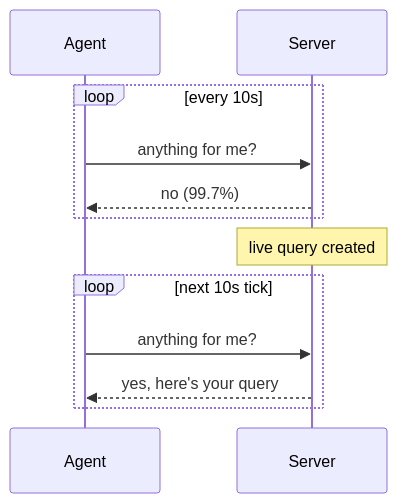
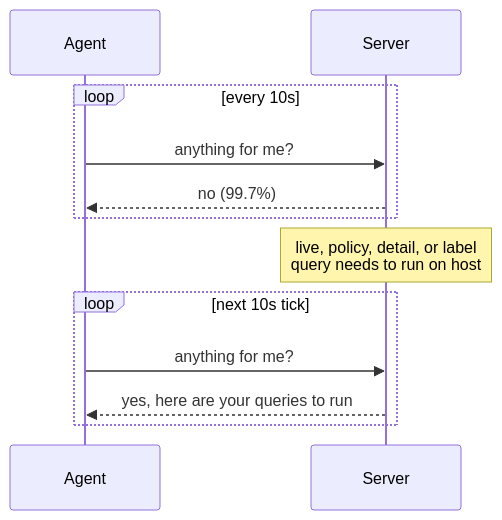
The first of 4 diagrams in docs/Contributing/adr/0011-agent-websocket-transport.md (fleetdm/fleet), drawn with Mermaid before and after one commit. The commit also changed other lines of this file, not shown here.

````diff
--- a/docs/Contributing/adr/0011-agent-websocket-transport.md
+++ b/docs/Contributing/adr/0011-agent-websocket-transport.md
@@ -51,16 +51,16 @@
 ```mermaid
 sequenceDiagram
     participant Agent
     participant Server
 
     loop every 10s
         Agent->>Server: anything for me?
         Server-->>Agent: no (99.7%)
     end
 
-    Note over Server: live query created
+    Note over Server: live, policy, detail, or label<br>query needs to run on host
     loop next 10s tick
         Agent->>Server: anything for me?
-        Server-->>Agent: yes, here's your query
+        Server-->>Agent: yes, here are your queries to run
     end
 ```
````
